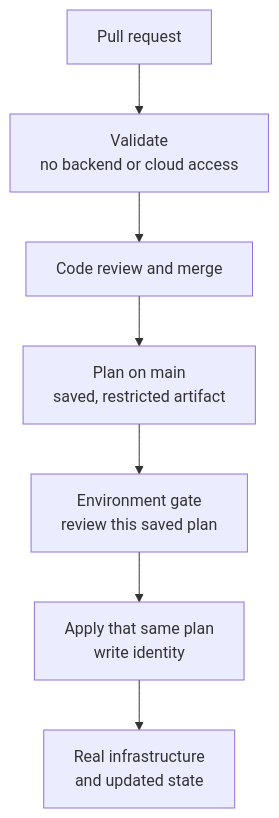
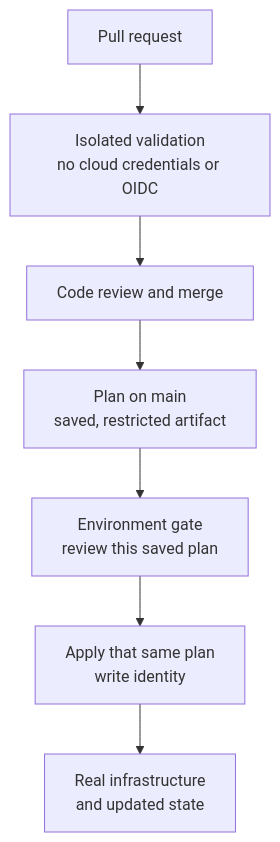
One commit to David-A18/MY-humble-knowledge-for-everyone changed the diagram in knowledge/cross-topic-guides/github-actions-with-terraform.md. Above: the diagram before and after it, drawn with Mermaid. The commit also changed other lines of this file and 8 other files, not shown here.

````diff
--- a/knowledge/cross-topic-guides/github-actions-with-terraform.md
+++ b/knowledge/cross-topic-guides/github-actions-with-terraform.md
@@ -221,9 +235,9 @@
 ```mermaid
 flowchart TB
-  pr["Pull request"] --> val["Validate<br/>no backend or cloud access"]
+  pr["Pull request"] --> val["Isolated validation<br/>no cloud credentials or OIDC"]
   val --> merge["Code review and merge"]
   merge --> plan["Plan on main<br/>saved, restricted artifact"]
   plan --> gate["Environment gate<br/>review this saved plan"]
   gate --> apply["Apply that same plan<br/>write identity"]
   apply --> real["Real infrastructure<br/>and updated state"]
 ```
````
